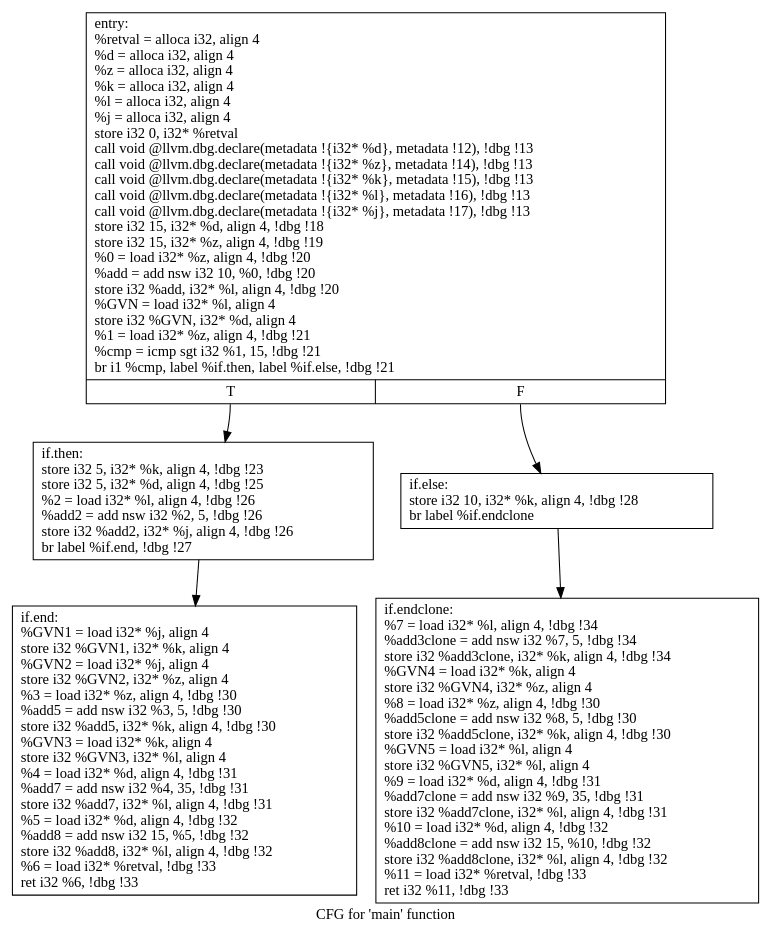
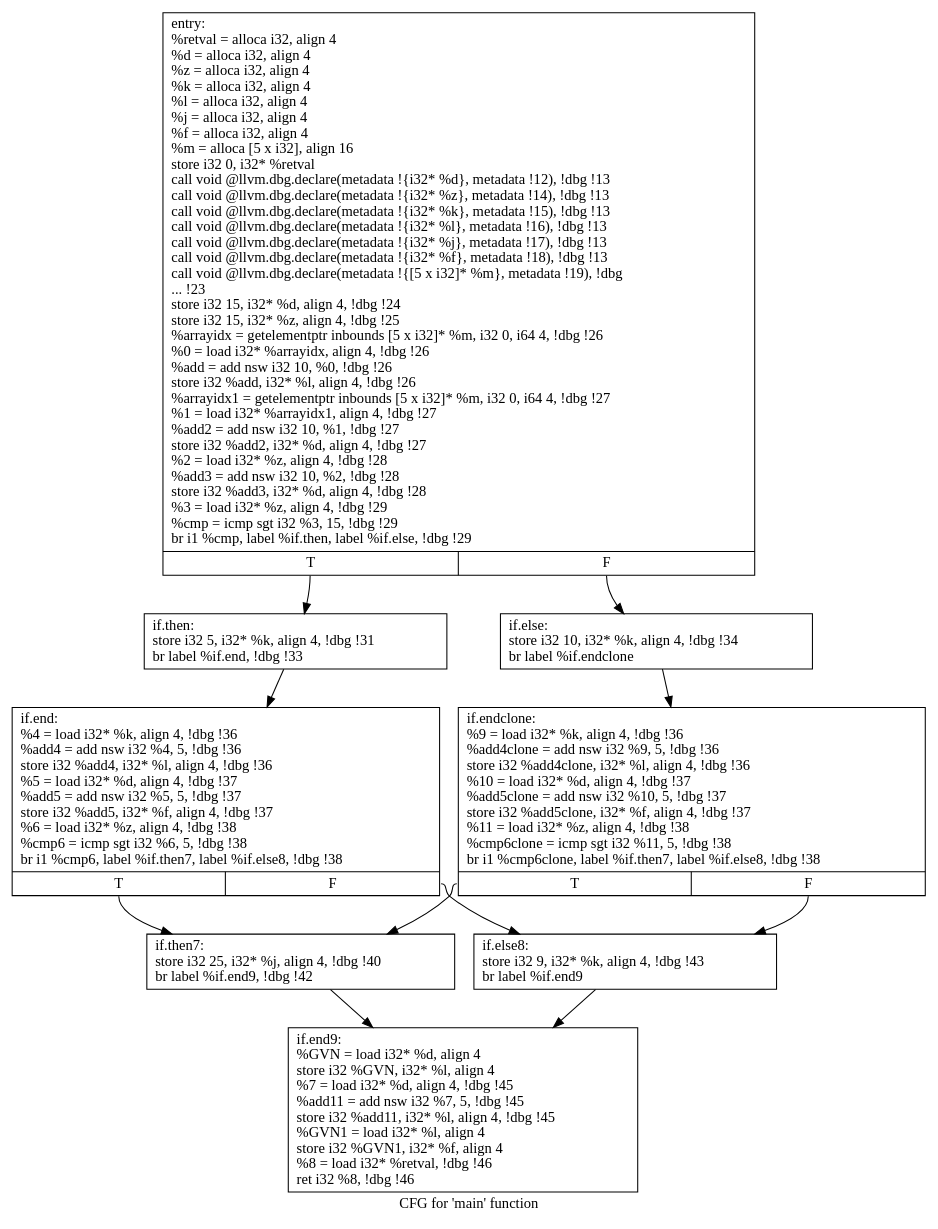
Before and after one commit to ddr2108/CS6241-Array_Bounding: the diagram in Work/Pass/Part 3/Combine/cfg.main.dot, drawn with Graphviz. The commit also changed 1 other file, not shown here.

```diff
--- a/Work/Pass/Part 3/Combine/cfg.main.dot
+++ b/Work/Pass/Part 3/Combine/cfg.main.dot
@@ -1,13 +1,22 @@
 digraph "CFG for 'main' function" {
 	label="CFG for 'main' function";
 
-	Node0x1fbfa00 [shape=record,label="{entry:\l  %retval = alloca i32, align 4\l  %d = alloca i32, align 4\l  %z = alloca i32, align 4\l  %k = alloca i32, align 4\l  %l = alloca i32, align 4\l  %j = alloca i32, align 4\l  store i32 0, i32* %retval\l  call void @llvm.dbg.declare(metadata !\{i32* %d\}, metadata !12), !dbg !13\l  call void @llvm.dbg.declare(metadata !\{i32* %z\}, metadata !14), !dbg !13\l  call void @llvm.dbg.declare(metadata !\{i32* %k\}, metadata !15), !dbg !13\l  call void @llvm.dbg.declare(metadata !\{i32* %l\}, metadata !16), !dbg !13\l  call void @llvm.dbg.declare(metadata !\{i32* %j\}, metadata !17), !dbg !13\l  store i32 15, i32* %d, align 4, !dbg !18\l  store i32 15, i32* %z, align 4, !dbg !19\l  %0 = load i32* %z, align 4, !dbg !20\l  %add = add nsw i32 10, %0, !dbg !20\l  store i32 %add, i32* %l, align 4, !dbg !20\l  %GVN = load i32* %l, align 4\l  store i32 %GVN, i32* %d, align 4\l  %1 = load i32* %z, align 4, !dbg !21\l  %cmp = icmp sgt i32 %1, 15, !dbg !21\l  br i1 %cmp, label %if.then, label %if.else, !dbg !21\l|{<s0>T|<s1>F}}"];
-	Node0x1fbfa00:s0 -> Node0x1fbfa60;
-	Node0x1fbfa00:s1 -> Node0x1fbfac0;
-	Node0x1fbfa60 [shape=record,label="{if.then:                                          \l  store i32 5, i32* %k, align 4, !dbg !23\l  store i32 5, i32* %d, align 4, !dbg !25\l  %2 = load i32* %l, align 4, !dbg !26\l  %add2 = add nsw i32 %2, 5, !dbg !26\l  store i32 %add2, i32* %j, align 4, !dbg !26\l  br label %if.end, !dbg !27\l}"];
-	Node0x1fbfa60 -> Node0x1fbfb20;
-	Node0x1fbfac0 [shape=record,label="{if.else:                                          \l  store i32 10, i32* %k, align 4, !dbg !28\l  br label %if.endclone\l}"];
-	Node0x1fbfac0 -> Node0x1fe7db0;
-	Node0x1fbfb20 [shape=record,label="{if.end:                                           \l  %GVN1 = load i32* %j, align 4\l  store i32 %GVN1, i32* %k, align 4\l  %GVN2 = load i32* %j, align 4\l  store i32 %GVN2, i32* %z, align 4\l  %3 = load i32* %z, align 4, !dbg !30\l  %add5 = add nsw i32 %3, 5, !dbg !30\l  store i32 %add5, i32* %k, align 4, !dbg !30\l  %GVN3 = load i32* %k, align 4\l  store i32 %GVN3, i32* %l, align 4\l  %4 = load i32* %d, align 4, !dbg !31\l  %add7 = add nsw i32 %4, 35, !dbg !31\l  store i32 %add7, i32* %l, align 4, !dbg !31\l  %5 = load i32* %d, align 4, !dbg !32\l  %add8 = add nsw i32 15, %5, !dbg !32\l  store i32 %add8, i32* %l, align 4, !dbg !32\l  %6 = load i32* %retval, !dbg !33\l  ret i32 %6, !dbg !33\l}"];
-	Node0x1fe7db0 [shape=record,label="{if.endclone:                                      \l  %7 = load i32* %l, align 4, !dbg !34\l  %add3clone = add nsw i32 %7, 5, !dbg !34\l  store i32 %add3clone, i32* %k, align 4, !dbg !34\l  %GVN4 = load i32* %k, align 4\l  store i32 %GVN4, i32* %z, align 4\l  %8 = load i32* %z, align 4, !dbg !30\l  %add5clone = add nsw i32 %8, 5, !dbg !30\l  store i32 %add5clone, i32* %k, align 4, !dbg !30\l  %GVN5 = load i32* %l, align 4\l  store i32 %GVN5, i32* %l, align 4\l  %9 = load i32* %d, align 4, !dbg !31\l  %add7clone = add nsw i32 %9, 35, !dbg !31\l  store i32 %add7clone, i32* %l, align 4, !dbg !31\l  %10 = load i32* %d, align 4, !dbg !32\l  %add8clone = add nsw i32 15, %10, !dbg !32\l  store i32 %add8clone, i32* %l, align 4, !dbg !32\l  %11 = load i32* %retval, !dbg !33\l  ret i32 %11, !dbg !33\l}"];
+	Node0x21c1200 [shape=record,label="{entry:\l  %retval = alloca i32, align 4\l  %d = alloca i32, align 4\l  %z = alloca i32, align 4\l  %k = alloca i32, align 4\l  %l = alloca i32, align 4\l  %j = alloca i32, align 4\l  %f = alloca i32, align 4\l  %m = alloca [5 x i32], align 16\l  store i32 0, i32* %retval\l  call void @llvm.dbg.declare(metadata !\{i32* %d\}, metadata !12), !dbg !13\l  call void @llvm.dbg.declare(metadata !\{i32* %z\}, metadata !14), !dbg !13\l  call void @llvm.dbg.declare(metadata !\{i32* %k\}, metadata !15), !dbg !13\l  call void @llvm.dbg.declare(metadata !\{i32* %l\}, metadata !16), !dbg !13\l  call void @llvm.dbg.declare(metadata !\{i32* %j\}, metadata !17), !dbg !13\l  call void @llvm.dbg.declare(metadata !\{i32* %f\}, metadata !18), !dbg !13\l  call void @llvm.dbg.declare(metadata !\{[5 x i32]* %m\}, metadata !19), !dbg\l... !23\l  store i32 15, i32* %d, align 4, !dbg !24\l  store i32 15, i32* %z, align 4, !dbg !25\l  %arrayidx = getelementptr inbounds [5 x i32]* %m, i32 0, i64 4, !dbg !26\l  %0 = load i32* %arrayidx, align 4, !dbg !26\l  %add = add nsw i32 10, %0, !dbg !26\l  store i32 %add, i32* %l, align 4, !dbg !26\l  %arrayidx1 = getelementptr inbounds [5 x i32]* %m, i32 0, i64 4, !dbg !27\l  %1 = load i32* %arrayidx1, align 4, !dbg !27\l  %add2 = add nsw i32 10, %1, !dbg !27\l  store i32 %add2, i32* %d, align 4, !dbg !27\l  %2 = load i32* %z, align 4, !dbg !28\l  %add3 = add nsw i32 10, %2, !dbg !28\l  store i32 %add3, i32* %d, align 4, !dbg !28\l  %3 = load i32* %z, align 4, !dbg !29\l  %cmp = icmp sgt i32 %3, 15, !dbg !29\l  br i1 %cmp, label %if.then, label %if.else, !dbg !29\l|{<s0>T|<s1>F}}"];
+	Node0x21c1200:s0 -> Node0x21c1260;
+	Node0x21c1200:s1 -> Node0x21c12c0;
+	Node0x21c1260 [shape=record,label="{if.then:                                          \l  store i32 5, i32* %k, align 4, !dbg !31\l  br label %if.end, !dbg !33\l}"];
+	Node0x21c1260 -> Node0x21c1320;
+	Node0x21c12c0 [shape=record,label="{if.else:                                          \l  store i32 10, i32* %k, align 4, !dbg !34\l  br label %if.endclone\l}"];
+	Node0x21c12c0 -> Node0x21dc000;
+	Node0x21c1320 [shape=record,label="{if.end:                                           \l  %4 = load i32* %k, align 4, !dbg !36\l  %add4 = add nsw i32 %4, 5, !dbg !36\l  store i32 %add4, i32* %l, align 4, !dbg !36\l  %5 = load i32* %d, align 4, !dbg !37\l  %add5 = add nsw i32 %5, 5, !dbg !37\l  store i32 %add5, i32* %f, align 4, !dbg !37\l  %6 = load i32* %z, align 4, !dbg !38\l  %cmp6 = icmp sgt i32 %6, 5, !dbg !38\l  br i1 %cmp6, label %if.then7, label %if.else8, !dbg !38\l|{<s0>T|<s1>F}}"];
+	Node0x21c1320:s0 -> Node0x21c1380;
+	Node0x21c1320:s1 -> Node0x21c13e0;
+	Node0x21c1380 [shape=record,label="{if.then7:                                         \l  store i32 25, i32* %j, align 4, !dbg !40\l  br label %if.end9, !dbg !42\l}"];
+	Node0x21c1380 -> Node0x21c1440;
+	Node0x21c13e0 [shape=record,label="{if.else8:                                         \l  store i32 9, i32* %k, align 4, !dbg !43\l  br label %if.end9\l}"];
+	Node0x21c13e0 -> Node0x21c1440;
+	Node0x21c1440 [shape=record,label="{if.end9:                                          \l  %GVN = load i32* %d, align 4\l  store i32 %GVN, i32* %l, align 4\l  %7 = load i32* %d, align 4, !dbg !45\l  %add11 = add nsw i32 %7, 5, !dbg !45\l  store i32 %add11, i32* %l, align 4, !dbg !45\l  %GVN1 = load i32* %l, align 4\l  store i32 %GVN1, i32* %f, align 4\l  %8 = load i32* %retval, !dbg !46\l  ret i32 %8, !dbg !46\l}"];
+	Node0x21dc000 [shape=record,label="{if.endclone:                                      \l  %9 = load i32* %k, align 4, !dbg !36\l  %add4clone = add nsw i32 %9, 5, !dbg !36\l  store i32 %add4clone, i32* %l, align 4, !dbg !36\l  %10 = load i32* %d, align 4, !dbg !37\l  %add5clone = add nsw i32 %10, 5, !dbg !37\l  store i32 %add5clone, i32* %f, align 4, !dbg !37\l  %11 = load i32* %z, align 4, !dbg !38\l  %cmp6clone = icmp sgt i32 %11, 5, !dbg !38\l  br i1 %cmp6clone, label %if.then7, label %if.else8, !dbg !38\l|{<s0>T|<s1>F}}"];
+	Node0x21dc000:s0 -> Node0x21c1380;
+	Node0x21dc000:s1 -> Node0x21c13e0;
 }
```
